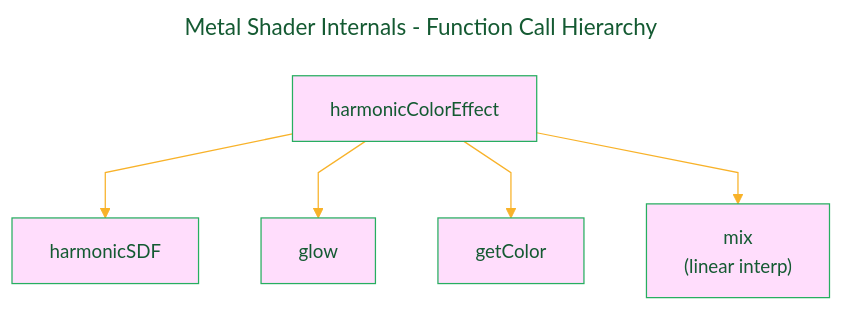
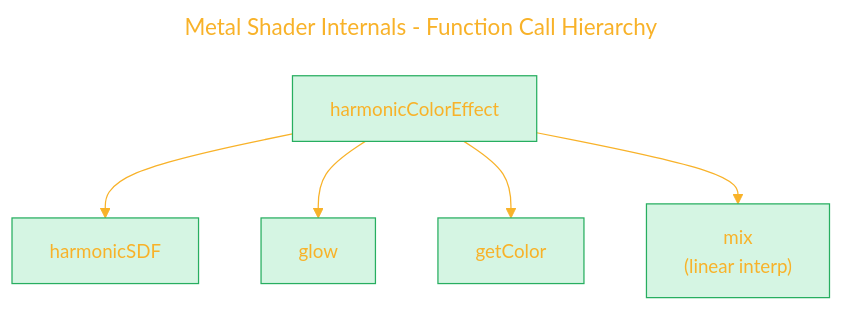
Before and after one commit to CongLeSolutionX/Harmonic_Shaders: the second of 8 diagrams in DOCUMENTATION_Draft_2.md, drawn with Mermaid. The commit also changed other lines of this file, not shown here.

````diff
--- a/DOCUMENTATION_Draft_2.md
+++ b/DOCUMENTATION_Draft_2.md
@@ -92,37 +92,37 @@
 ```mermaid
 ---
 title: "Metal Shader Internals - Function Call Hierarchy"
 author: "Cong Le"
 version: "1.0"
 license(s): "MIT, CC BY 4.0"
 copyright: "Copyright (c) 2025 Cong Le. All Rights Reserved."
 config:
   layout: dagre
   theme: base
 ---
 %%%%%%%% Mermaid version v11.4.1-b.14
 %%%%%%%% Available curve styles include the following keywords:
 %% basis, bumpX, bumpY, cardinal, catmullRom, linear, monotoneX, monotoneY, natural, step, stepAfter, stepBefore.
 %%{
   init: {
-    'flowchart': { 'htmlLabels': false, 'curve': 'linear' },
+    'flowchart': { 'htmlLabels': false, 'curve': 'basis' },
     'fontFamily': 'Monaco',
     'themeVariables': {
-      'primaryColor': '#F5E3',
-      'primaryTextColor': '#145A32',
+      'primaryColor': '#D5F5E3',
+      'primaryTextColor': '#F8B229',
       'lineColor': '#F8B229',
       'primaryBorderColor': '#27AE60',
-      'secondaryColor': '#EBDEF0',
-      'secondaryTextColor': '#6C3483',
-      'secondaryBorderColor': '#A569BD',
+      'secondaryColor': '#EEF0',
+      'secondaryTextColor': '#6C83',
+      'secondaryBorderColor': '#A9BD',
       'fontSize': '15px'
     }
   }
 }%%
 flowchart TD
     HCE["harmonicColorEffect"] --> SDF["harmonicSDF"]
     HCE --> GL["glow"]
     HCE --> GC["getColor"]
     HCE --> MIX["mix<br/>(linear interp)"]
     
 ```
````
